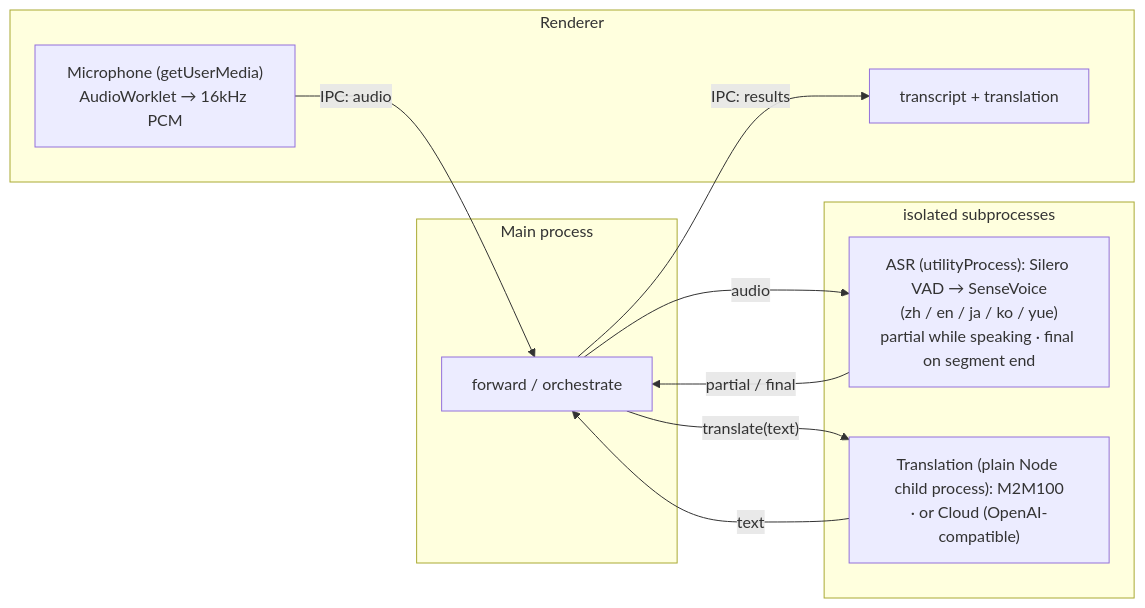
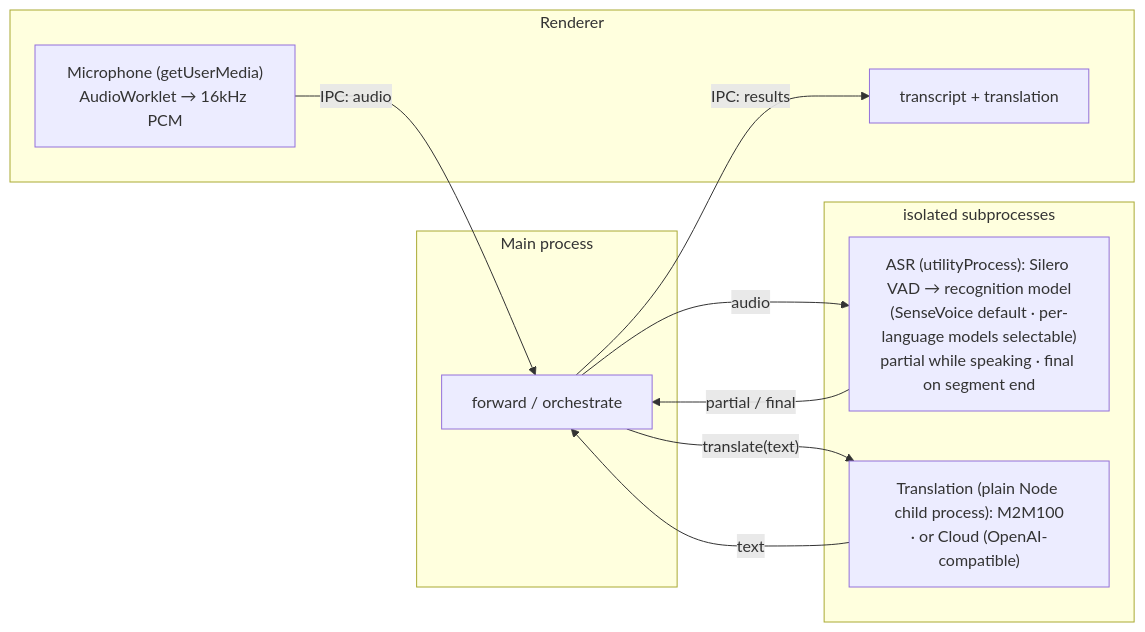
The diagram in README.md (baijunjie/realtime-translator), drawn with Mermaid before and after one commit. The commit also changed 4 other files, not shown here.

Commit message:
docs: 架构图 ASR 节点改为多识别模型描述，同步 WASM 说明

````diff
--- a/README.md
+++ b/README.md
@@ -115,20 +115,20 @@
 ```mermaid
 flowchart LR
   subgraph RENDER["Renderer"]
     MIC["Microphone (getUserMedia)<br/>AudioWorklet → 16kHz PCM"]
     UI["transcript + translation"]
   end
   subgraph MAIN["Main process"]
     HUB["forward / orchestrate"]
   end
   subgraph UTIL["isolated subprocesses"]
-    ASR["ASR (utilityProcess): Silero VAD → SenseVoice<br/>(zh / en / ja / ko / yue)<br/>partial while speaking · final on segment end"]
+    ASR["ASR (utilityProcess): Silero VAD → recognition model<br/>(SenseVoice default · per-language models selectable)<br/>partial while speaking · final on segment end"]
     TRANS["Translation (plain Node child process): M2M100<br/>· or Cloud (OpenAI-compatible)"]
   end
   MIC -- "IPC: audio" --> HUB
   HUB -- audio --> ASR
   ASR -- "partial / final" --> HUB
   HUB -- "translate(text)" --> TRANS
   TRANS -- text --> HUB
   HUB -- "IPC: results" --> UI
 ```
````
